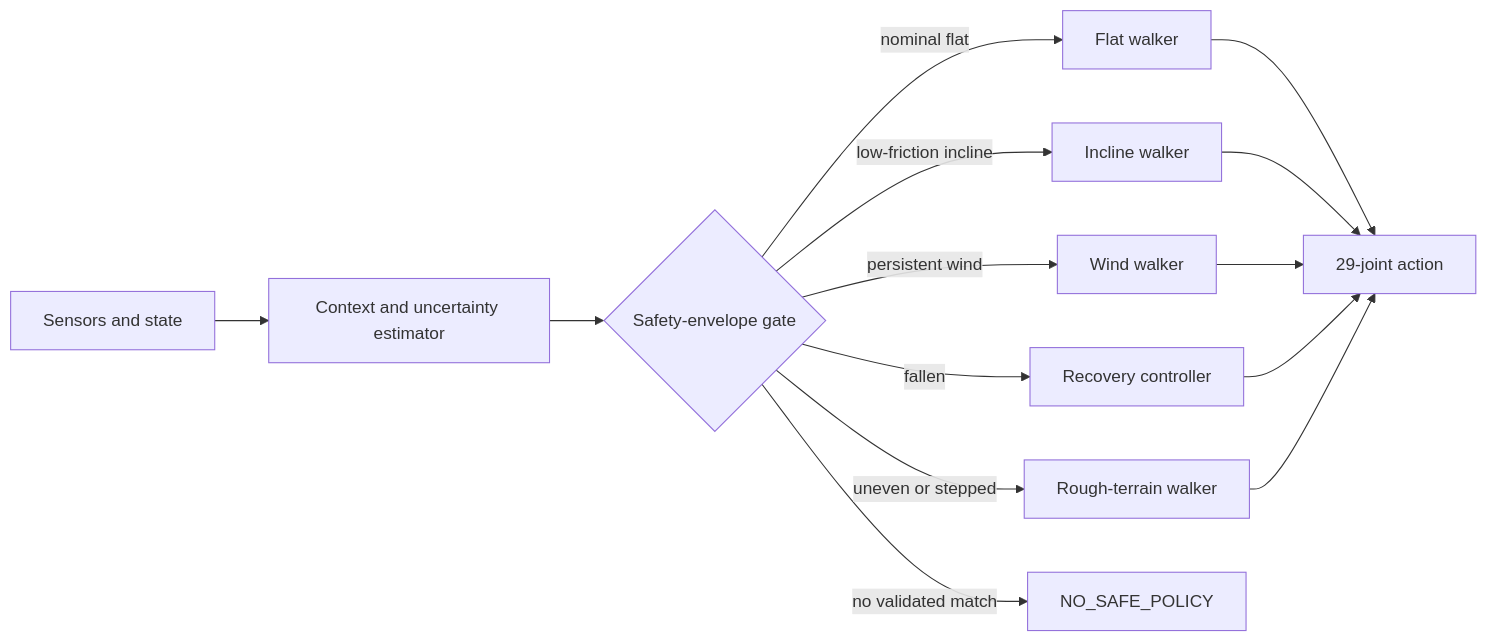
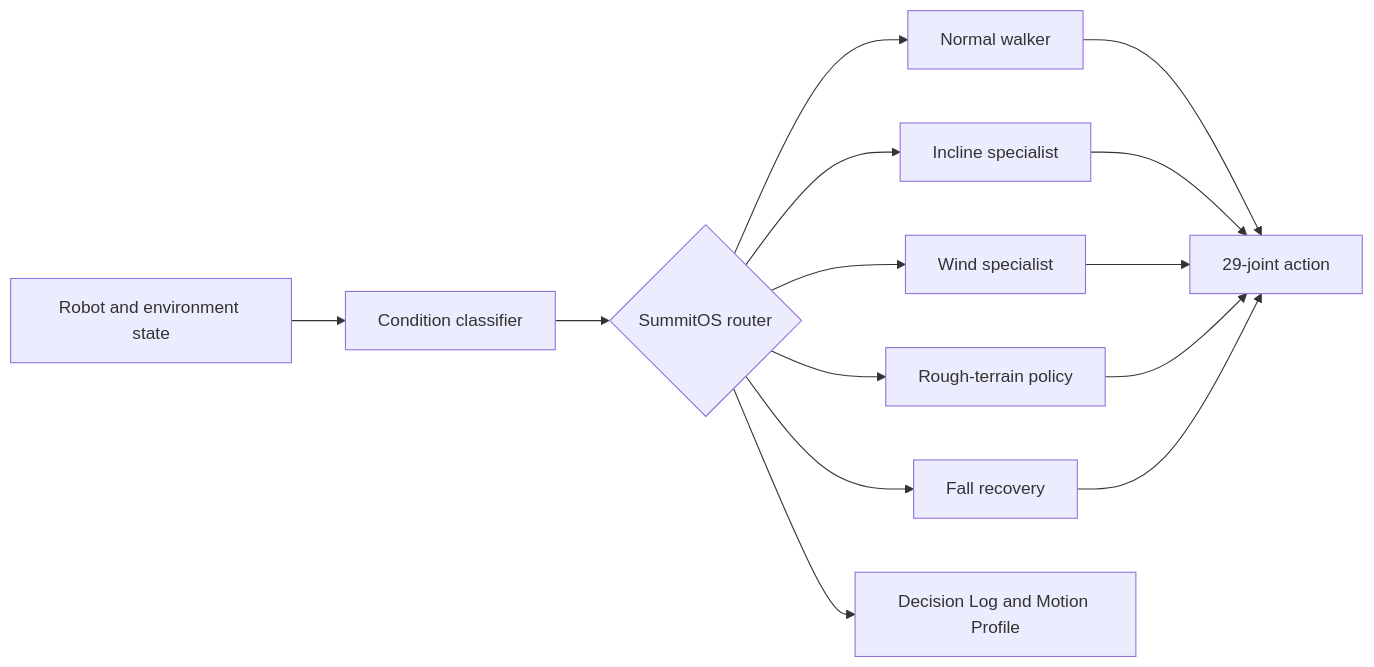
Before and after one commit to aryanmangal769/humanoid_climber: the diagram in README.md, drawn with Mermaid. The commit also changed other lines of this file and 7 other files, not shown here.

````diff
--- a/README.md
+++ b/README.md
@@ -88,16 +29,16 @@
 ```mermaid
 flowchart LR
-  S[Sensors and state] --> E[Context and uncertainty estimator]
-  E --> G{Safety-envelope gate}
-  G -->|nominal flat| P1[Flat walker]
-  G -->|low-friction incline| P2[Incline walker]
-  G -->|persistent wind| P3[Wind walker]
-  G -->|fallen| P4[Recovery controller]
-  G -->|uneven or stepped| P5[Rough-terrain walker]
-  G -->|no validated match| X[NO_SAFE_POLICY]
-  P1 --> A[29-joint action]
-  P2 --> A
-  P3 --> A
-  P4 --> A
-  P5 --> A
+  S[Robot and environment state] --> C[Condition classifier]
+  C --> R{SummitOS router}
+  R --> F[Normal walker]
+  R --> I[Incline specialist]
+  R --> W[Wind specialist]
+  R --> T[Rough-terrain policy]
+  R --> D[Fall recovery]
+  F --> A[29-joint action]
+  I --> A
+  W --> A
+  T --> A
+  D --> A
+  R --> M[Decision Log and Motion Profile]
 ```
````
